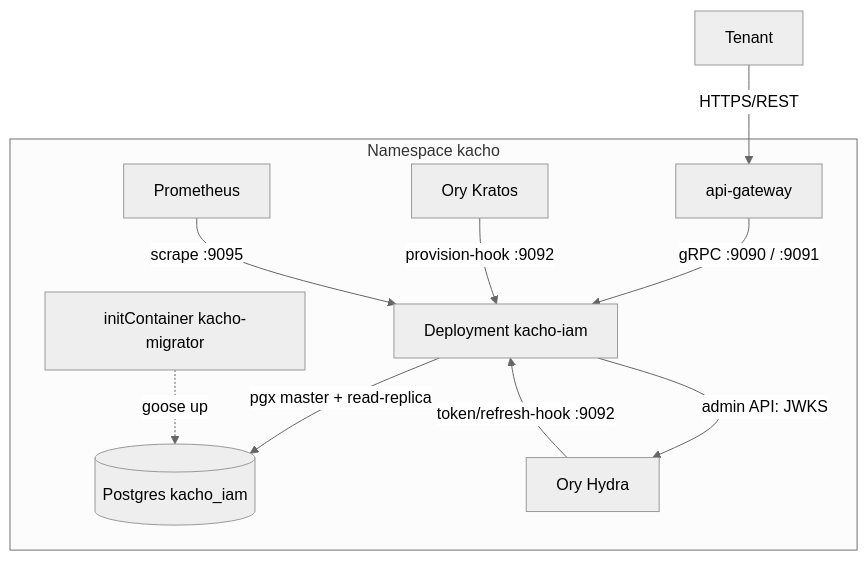
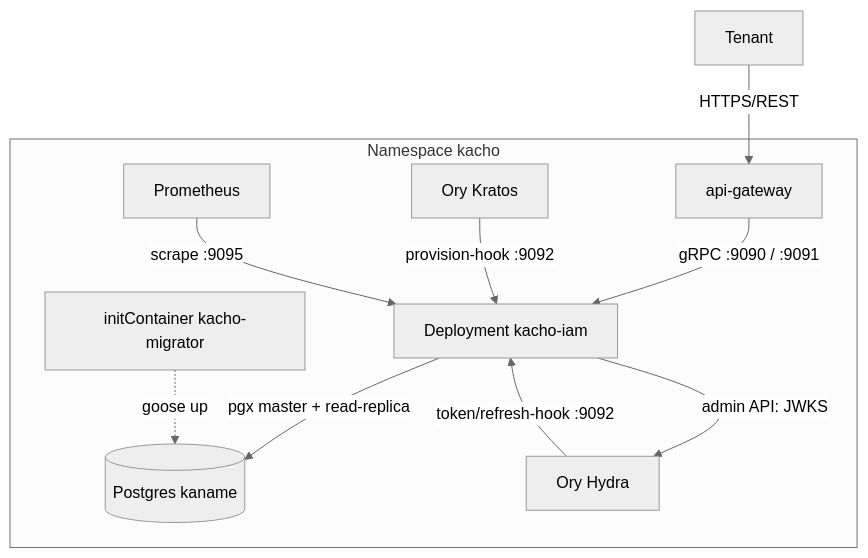
The first of 2 diagrams in services/iam/docs/engineering/components/31-deployment.md (PRO-Robotech/kacho), drawn with Mermaid (neutral theme) before and after one commit. The commit also changed other lines of this file and 700 other files, not shown here.

First line of the commit message:
refactor(iam): схема Postgres названа именем своего продукта

````diff
--- a/services/iam/docs/engineering/components/31-deployment.md
+++ b/services/iam/docs/engineering/components/31-deployment.md
@@ -100,13 +100,13 @@
 ```mermaid
 flowchart TB
     Tenant -- HTTPS/REST --> APIGW[api-gateway]
     subgraph KachoNS[Namespace kacho]
         APIGW -- gRPC :9090 / :9091 --> IAM[Deployment kacho-iam]
-        IAM -- pgx master + read-replica --> PG[(Postgres kacho_iam)]
+        IAM -- pgx master + read-replica --> PG[(Postgres kaname)]
         Kratos[Ory Kratos] -- provision-hook :9092 --> IAM
         Hydra[Ory Hydra] -- token/refresh-hook :9092 --> IAM
         IAM -- admin API: JWKS --> Hydra
         Migrate[initContainer kacho-migrator] -. goose up .-> PG
         Prom[Prometheus] -- scrape :9095 --> IAM
     end
 ```
````
